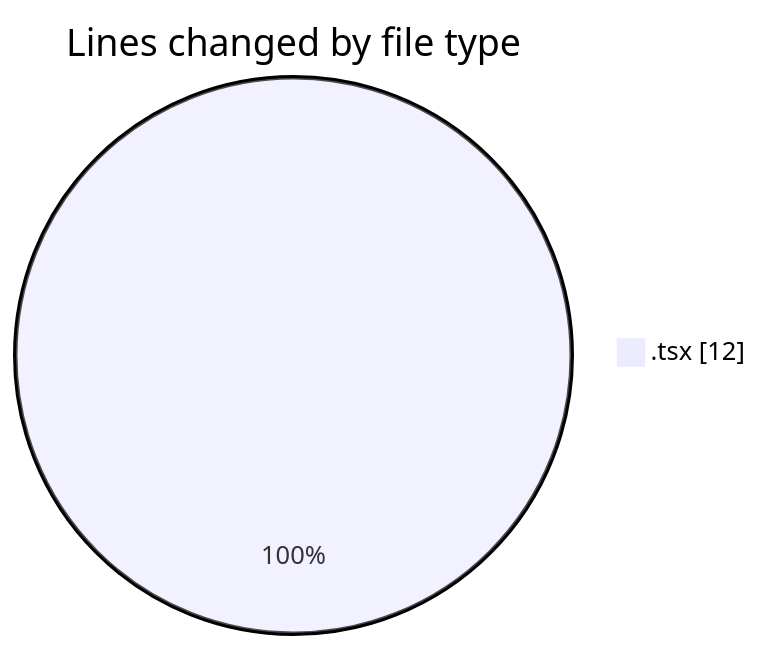
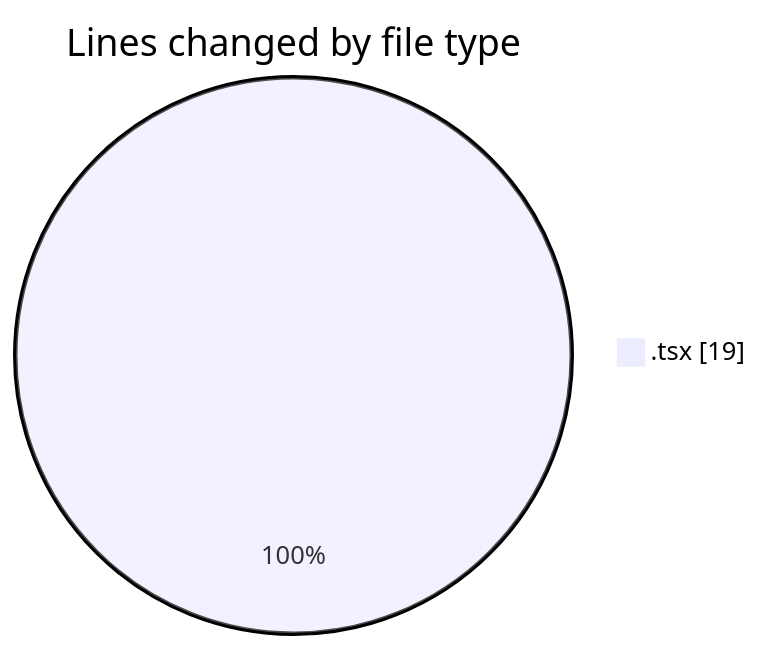
One commit to julien-gomy/code-tracking changed the first of 2 diagrams in 2025-11-18/eventscop-frontend-guide__workspace_/README.md. Above: the diagram before and after it, drawn with Mermaid. The commit also changed other lines of this file and 1 other file, not shown here.

````diff
--- a/2025-11-18/eventscop-frontend-guide__workspace_/README.md
+++ b/2025-11-18/eventscop-frontend-guide__workspace_/README.md
@@ -20,5 +20,5 @@
 ```mermaid
 pie showData
 title Lines changed by file type
-".tsx" : 12
+".tsx" : 19
 ```
````
